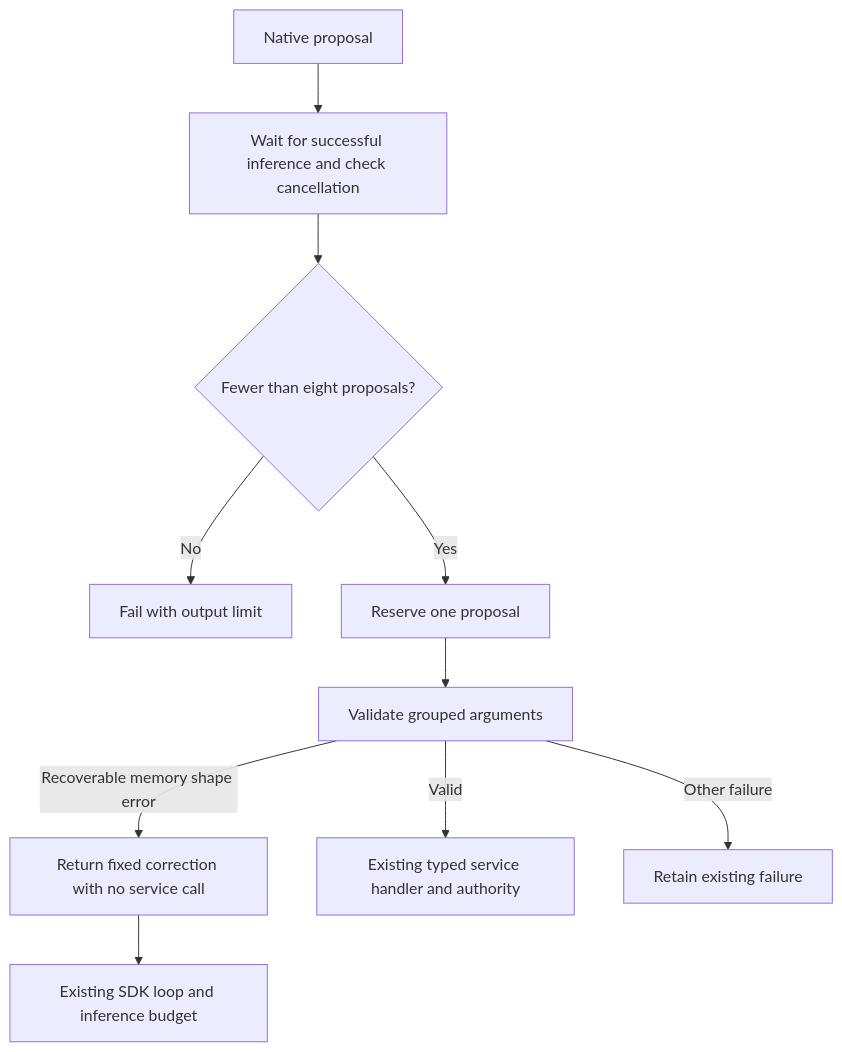
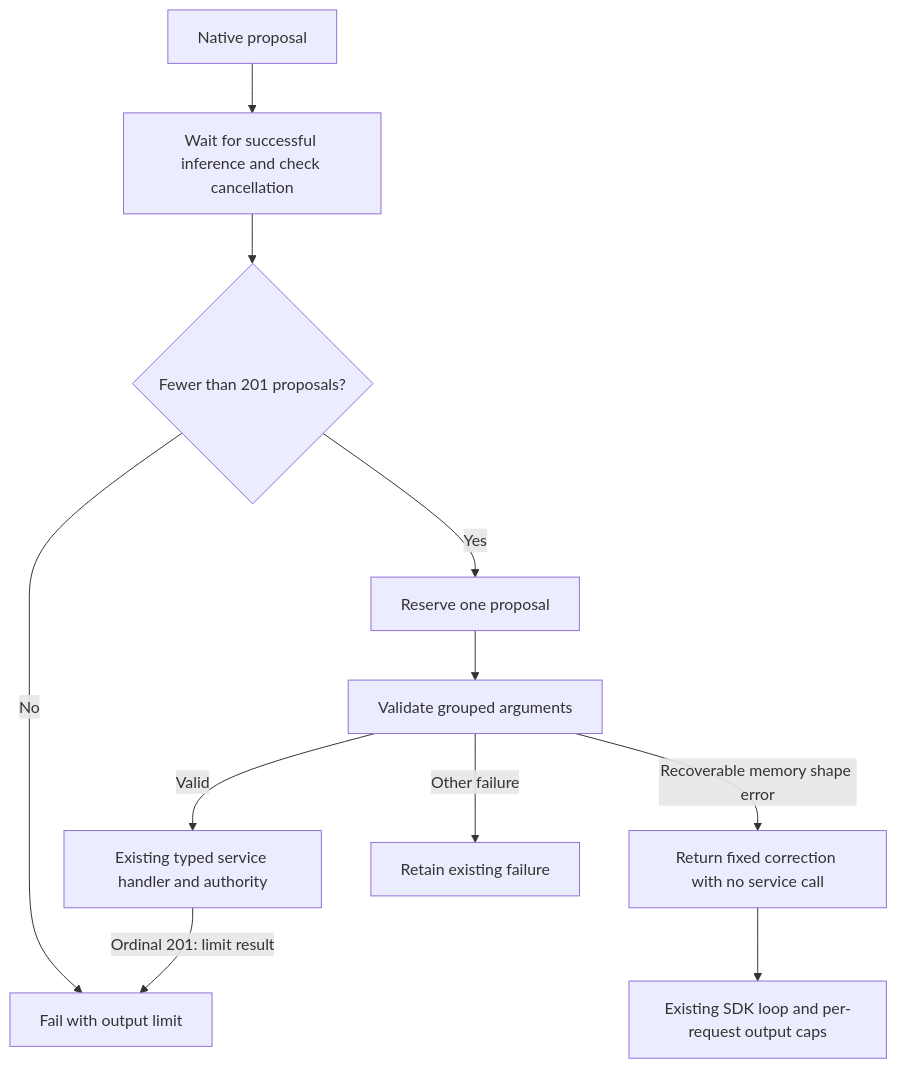
One commit to pidster/asura changed the fifth of 10 diagrams in docs/designs/model-provider-integration.md. Above: the diagram before and after it, drawn with Mermaid. The commit also changed other lines of this file and 57 other files, not shown here.

````diff
--- a/docs/designs/model-provider-integration.md
+++ b/docs/designs/model-provider-integration.md
@@ -776,12 +779,13 @@
 ```mermaid
 flowchart TD
     Proposal[Native proposal] --> Gate[Wait for successful inference and check cancellation]
-    Gate --> Budget{Fewer than eight proposals?}
+    Gate --> Budget{Fewer than 201 proposals?}
     Budget -->|No| Limit[Fail with output limit]
     Budget -->|Yes| Reserve[Reserve one proposal]
     Reserve --> Validate[Validate grouped arguments]
     Validate -->|Recoverable memory shape error| Hint[Return fixed correction with no service call]
-    Hint --> SDK[Existing SDK loop and inference budget]
+    Hint --> SDK[Existing SDK loop and per-request output caps]
     Validate -->|Valid| Service[Existing typed service handler and authority]
+    Service -->|Ordinal 201: limit result| Limit
     Validate -->|Other failure| Fail[Retain existing failure]
 ```
````
